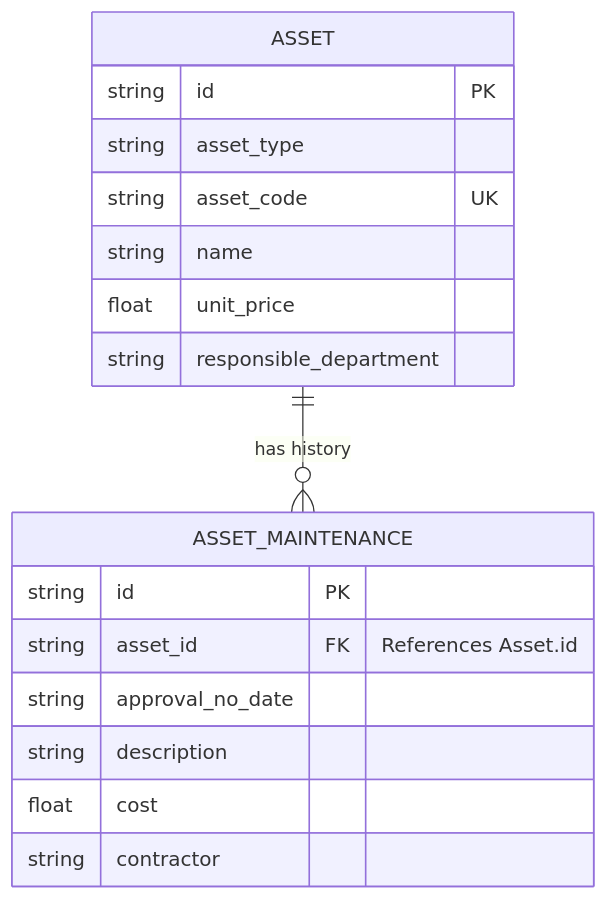
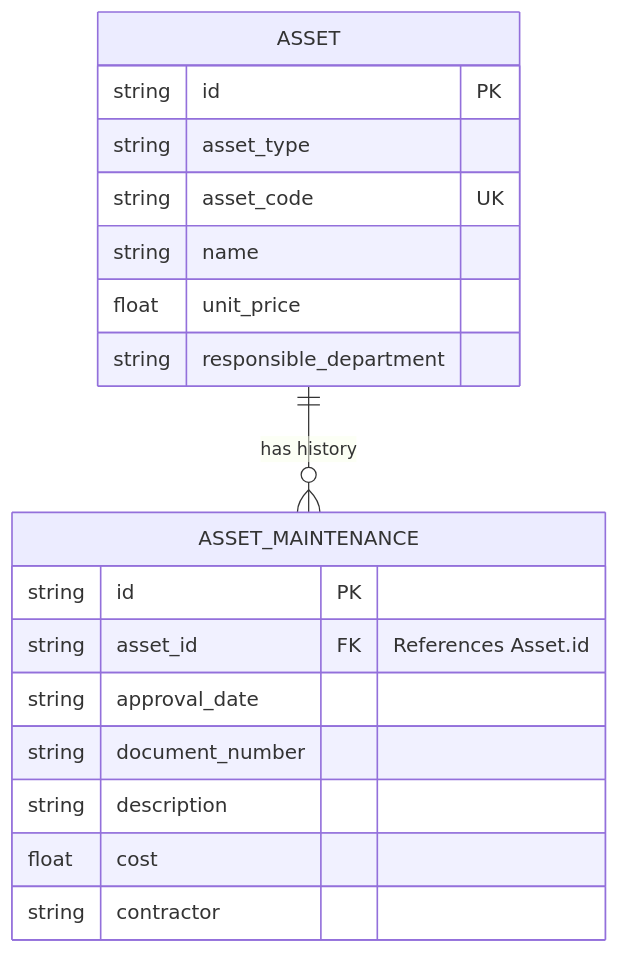
One commit to Key-EZ/inventory changed the diagram in DATA_MODEL.md. Above: the diagram before and after it, drawn with Mermaid. The commit also changed other lines of this file and 10 other files, not shown here.

````diff
--- a/DATA_MODEL.md
+++ b/DATA_MODEL.md
@@ -81,20 +82,21 @@
 ```mermaid
 erDiagram
     ASSET ||--o{ ASSET_MAINTENANCE : "has history"
     ASSET {
         string id PK
         string asset_type
         string asset_code UK
         string name
         float unit_price
         string responsible_department
     }
     ASSET_MAINTENANCE {
         string id PK
         string asset_id FK "References Asset.id"
-        string approval_no_date
+        string approval_date
+        string document_number
         string description
         float cost
         string contractor
     }
 ```
````
